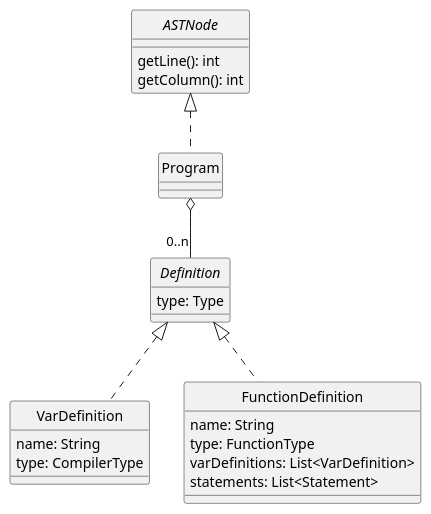
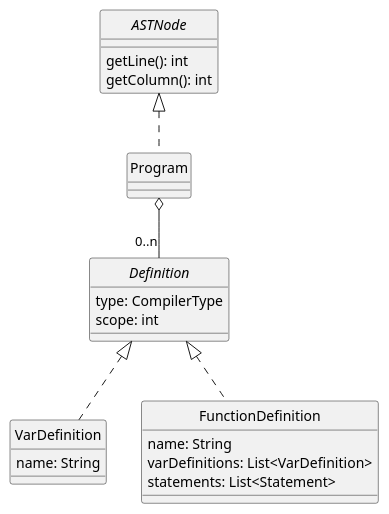
One commit to DavidGonzalezFernandez/dlp-compiler changed the diagram in docs/diagrams/program.plantuml. Above: the diagram before and after it, drawn with PlantUML. The commit also changed 5 other files, not shown here.

```diff
--- a/docs/diagrams/program.plantuml
+++ b/docs/diagrams/program.plantuml
@@ -1,48 +1,47 @@
 @startuml Program
 skinparam style strictuml
 skinparam monochrome true
 
 
 interface ASTNode {
     getLine(): int
     getColumn(): int
 }
 
 /'Un programa está compuesto por una secuencia de definiciones de
 variables y definiciones de funciones.
 '/
 
 ASTNode <|.. Program
 
 class Program
 
 interface Definition {
-    type: Type
+    type: CompilerType
+    scope: int
 }
 
 Program o-- "0..n" Definition
 
 'La definición de una variable es un identificador seguido de :: y su respectivo tipo
 class VarDefinition {
     name: String
-    type: CompilerType
 }
 
 'TODO pendiente de terminar
 /' Una función se define usando:
     la palabra def,
     el identificador de la función,
     seguido de una lista de parámetros  comprendidos por ( y ) y separados por ,,
     después de los parámetros, y separado por ::, se debe especificar el tipo de  retorno.
 '/
 class FunctionDefinition {
     name: String
-    type: FunctionType
     varDefinitions: List<VarDefinition>
     statements: List<Statement>
 }
 
 Definition <|.. VarDefinition
 Definition <|.. FunctionDefinition
 
 @enduml
```
